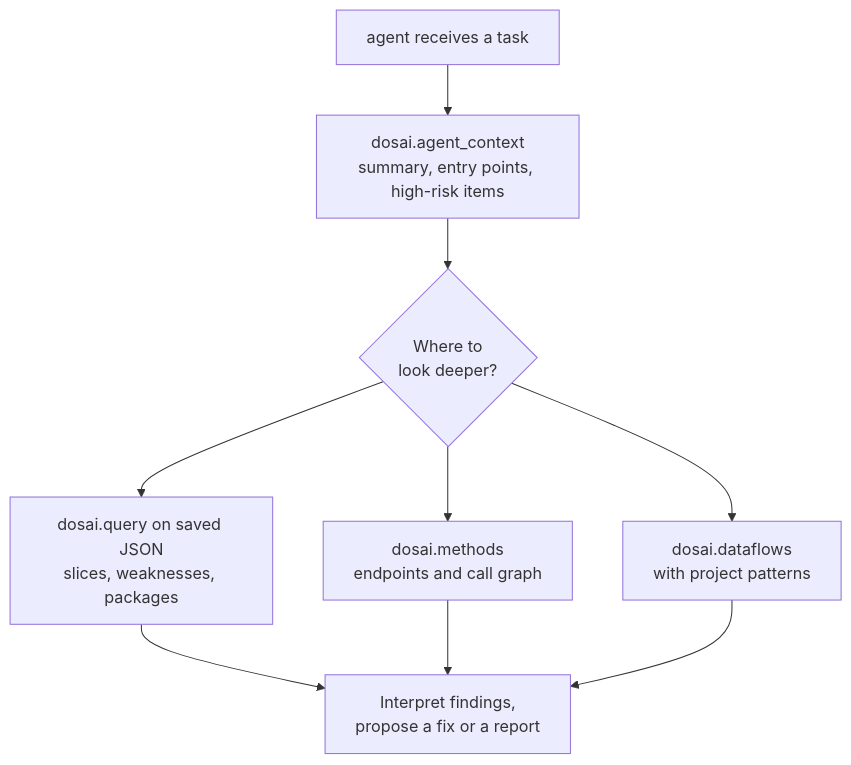
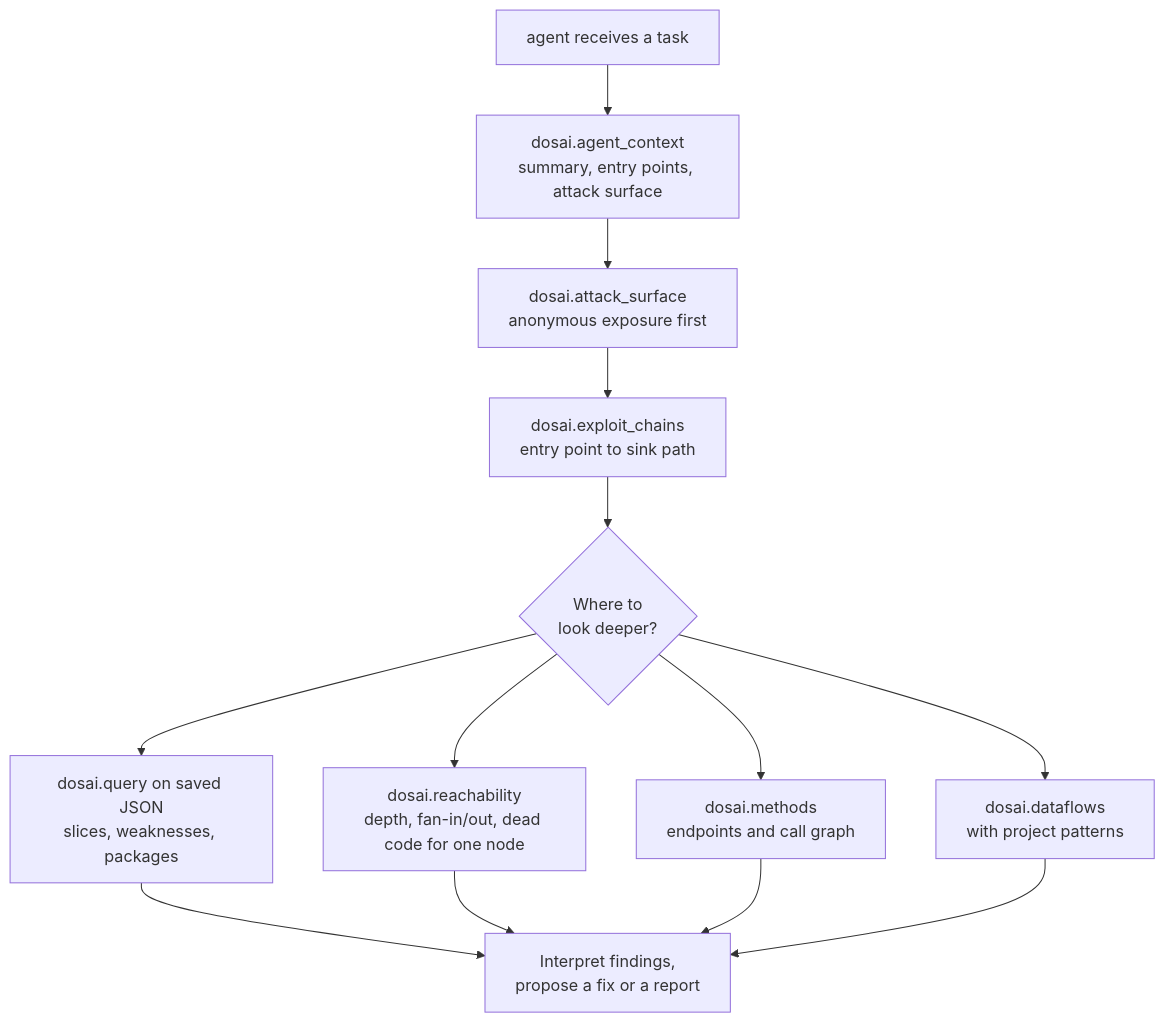
One commit to owasp-dep-scan/dosai changed the diagram in docs/LESSON10.md. Above: the diagram before and after it, drawn with Mermaid. The commit also changed other lines of this file and 74 other files, not shown here.

Commit message:
Update docs, lessons, and code comments for schema 4.1.0 feature set (#50)

````diff
--- a/docs/LESSON10.md
+++ b/docs/LESSON10.md
@@ -39,11 +44,15 @@
 ```mermaid
 flowchart TD
-    Start["agent receives a task"] --> Context["dosai.agent_context<br/>summary, entry points, high-risk items"]
-    Context --> Decide{"Where to<br/>look deeper?"}
+    Start["agent receives a task"] --> Context["dosai.agent_context<br/>summary, entry points, attack surface"]
+    Context --> Surface["dosai.attack_surface<br/>anonymous exposure first"]
+    Surface --> Chains["dosai.exploit_chains<br/>entry point to sink path"]
+    Chains --> Decide{"Where to<br/>look deeper?"}
     Decide --> Query["dosai.query on saved JSON<br/>slices, weaknesses, packages"]
+    Decide --> Reach["dosai.reachability<br/>depth, fan-in/out, dead code for one node"]
     Decide --> Methods["dosai.methods<br/>endpoints and call graph"]
     Decide --> Flows["dosai.dataflows<br/>with project patterns"]
     Query --> Findings["Interpret findings,<br/>propose a fix or a report"]
+    Reach --> Findings
     Methods --> Findings
     Flows --> Findings
 ```
````
